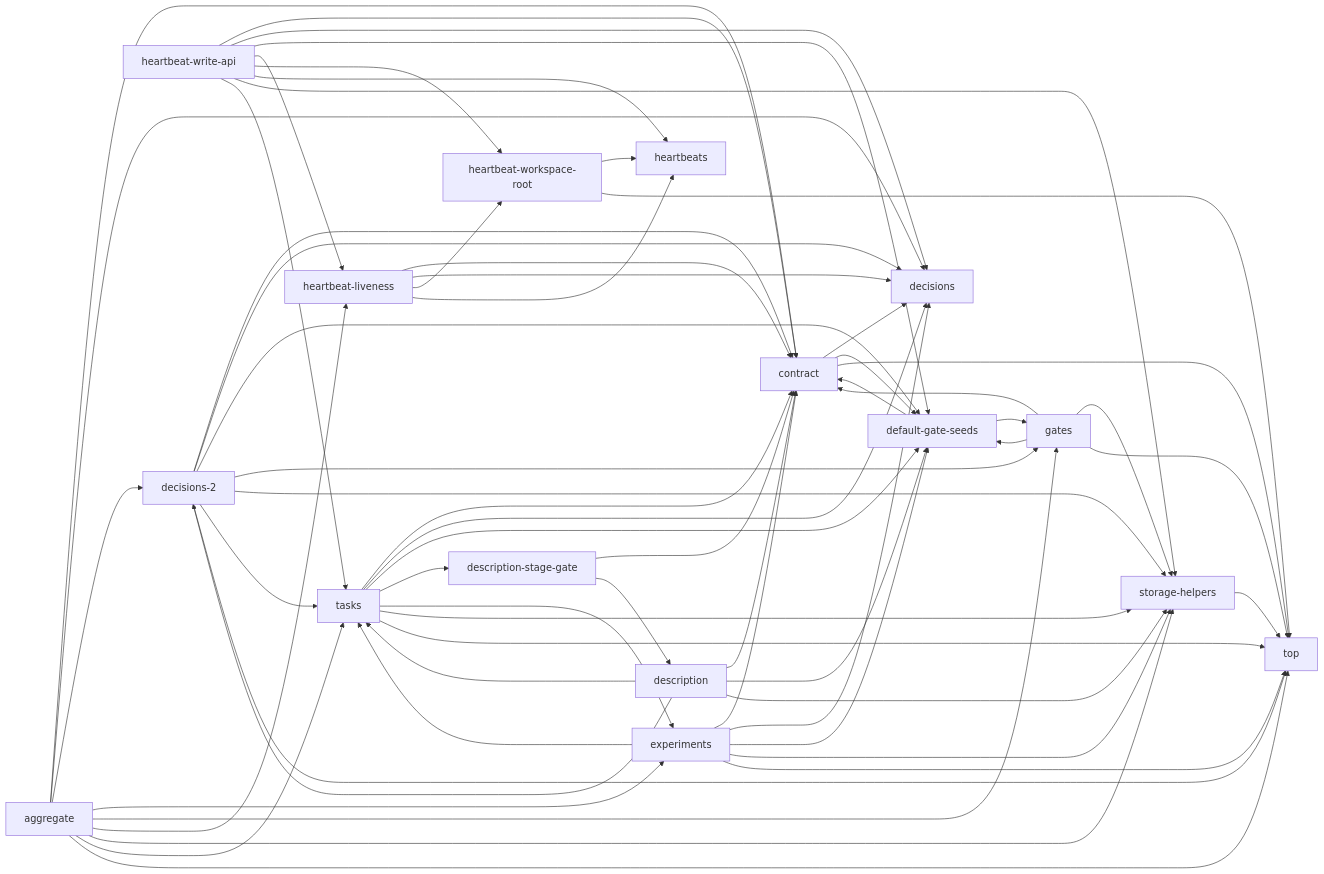
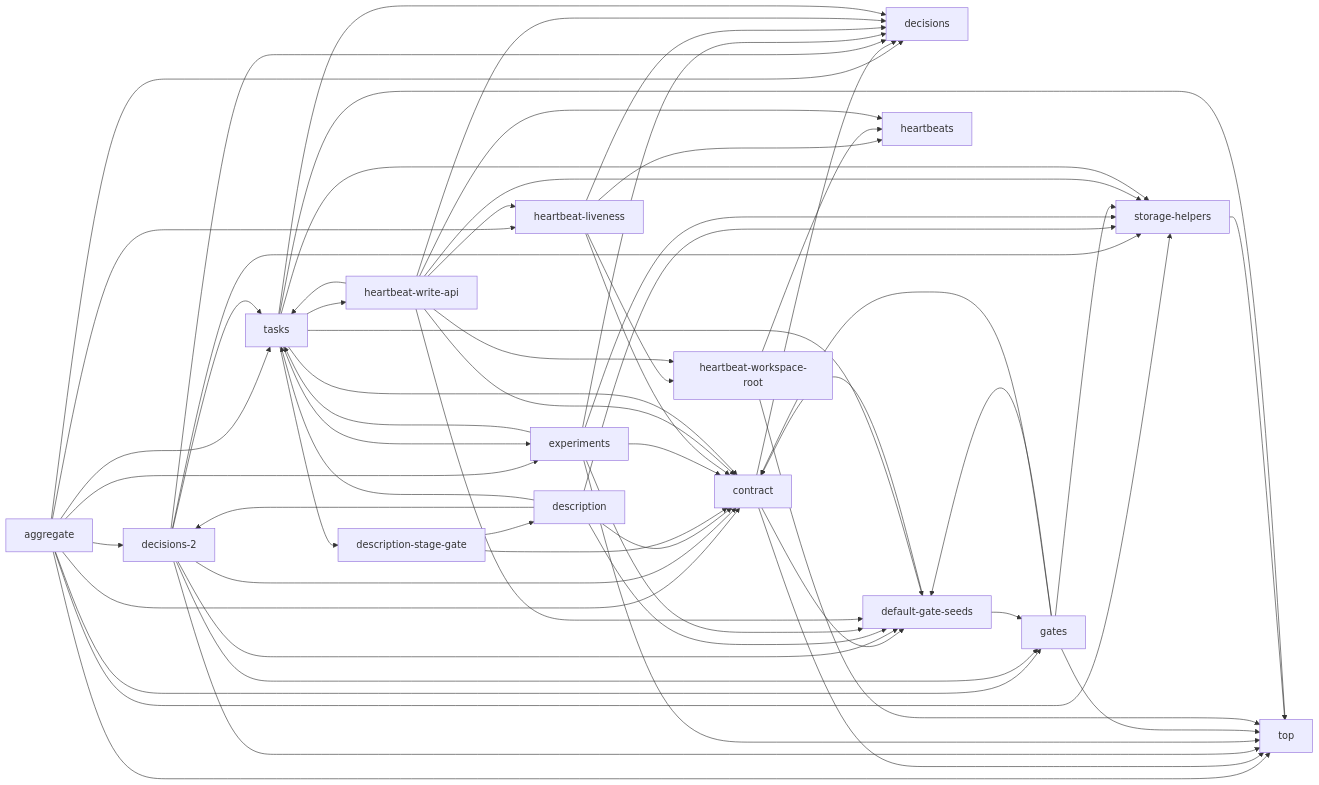
Before and after one commit to Han-Haocheng/project-flow: the fourth of 12 diagrams in docs/project-description.md, drawn with Mermaid. The commit also changed other lines of this file and 8 other files, not shown here.

Commit message:
chore(flow): 会话归属增量描述台账（任务卡归主台账）

````diff
--- a/docs/project-description.md
+++ b/docs/project-description.md
@@ -340,63 +340,64 @@
 ```mermaid
 graph LR
   m13["aggregate"] --> m2["contract"]
   m13["aggregate"] --> m1["decisions"]
   m13["aggregate"] --> m8["decisions-2"]
   m13["aggregate"] --> m5["experiments"]
   m13["aggregate"] --> m7["gates"]
   m13["aggregate"] --> m11["heartbeat-liveness"]
   m13["aggregate"] --> m4["storage-helpers"]
   m13["aggregate"] --> m6["tasks"]
   m13["aggregate"] --> m0["top"]
   m2["contract"] --> m1["decisions"]
   m2["contract"] --> m3["default-gate-seeds"]
   m2["contract"] --> m0["top"]
   m8["decisions-2"] --> m2["contract"]
   m8["decisions-2"] --> m1["decisions"]
   m8["decisions-2"] --> m3["default-gate-seeds"]
   m8["decisions-2"] --> m7["gates"]
   m8["decisions-2"] --> m4["storage-helpers"]
   m8["decisions-2"] --> m6["tasks"]
   m8["decisions-2"] --> m0["top"]
   m3["default-gate-seeds"] --> m2["contract"]
   m3["default-gate-seeds"] --> m7["gates"]
   m14["description"] --> m2["contract"]
   m14["description"] --> m8["decisions-2"]
   m14["description"] --> m3["default-gate-seeds"]
   m14["description"] --> m4["storage-helpers"]
   m14["description"] --> m6["tasks"]
   m15["description-stage-gate"] --> m2["contract"]
   m15["description-stage-gate"] --> m14["description"]
   m5["experiments"] --> m2["contract"]
   m5["experiments"] --> m1["decisions"]
   m5["experiments"] --> m3["default-gate-seeds"]
   m5["experiments"] --> m4["storage-helpers"]
   m5["experiments"] --> m6["tasks"]
   m5["experiments"] --> m0["top"]
   m7["gates"] --> m2["contract"]
   m7["gates"] --> m3["default-gate-seeds"]
   m7["gates"] --> m4["storage-helpers"]
   m7["gates"] --> m0["top"]
   m11["heartbeat-liveness"] --> m2["contract"]
   m11["heartbeat-liveness"] --> m1["decisions"]
   m11["heartbeat-liveness"] --> m10["heartbeat-workspace-root"]
   m11["heartbeat-liveness"] --> m9["heartbeats"]
   m10["heartbeat-workspace-root"] --> m9["heartbeats"]
   m10["heartbeat-workspace-root"] --> m0["top"]
   m12["heartbeat-write-api"] --> m2["contract"]
   m12["heartbeat-write-api"] --> m1["decisions"]
   m12["heartbeat-write-api"] --> m3["default-gate-seeds"]
   m12["heartbeat-write-api"] --> m11["heartbeat-liveness"]
   m12["heartbeat-write-api"] --> m10["heartbeat-workspace-root"]
   m12["heartbeat-write-api"] --> m9["heartbeats"]
   m12["heartbeat-write-api"] --> m4["storage-helpers"]
   m12["heartbeat-write-api"] --> m6["tasks"]
   m4["storage-helpers"] --> m0["top"]
   m6["tasks"] --> m2["contract"]
   m6["tasks"] --> m1["decisions"]
   m6["tasks"] --> m3["default-gate-seeds"]
   m6["tasks"] --> m15["description-stage-gate"]
   m6["tasks"] --> m5["experiments"]
+  m6["tasks"] --> m12["heartbeat-write-api"]
   m6["tasks"] --> m4["storage-helpers"]
   m6["tasks"] --> m0["top"]
 ```
````
